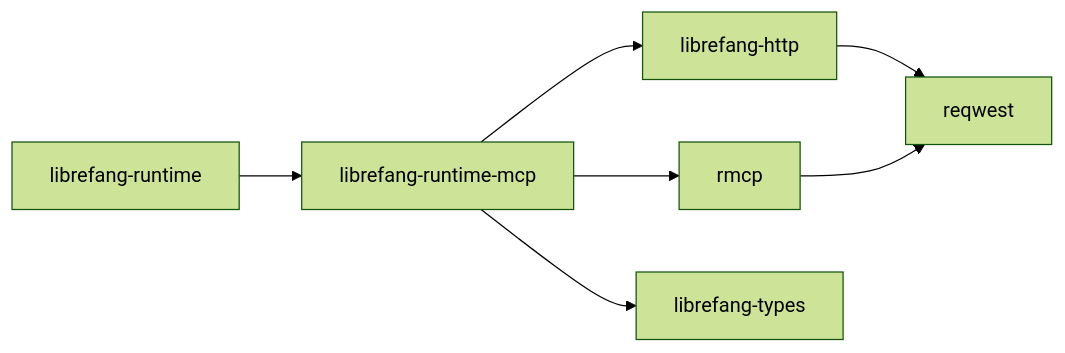
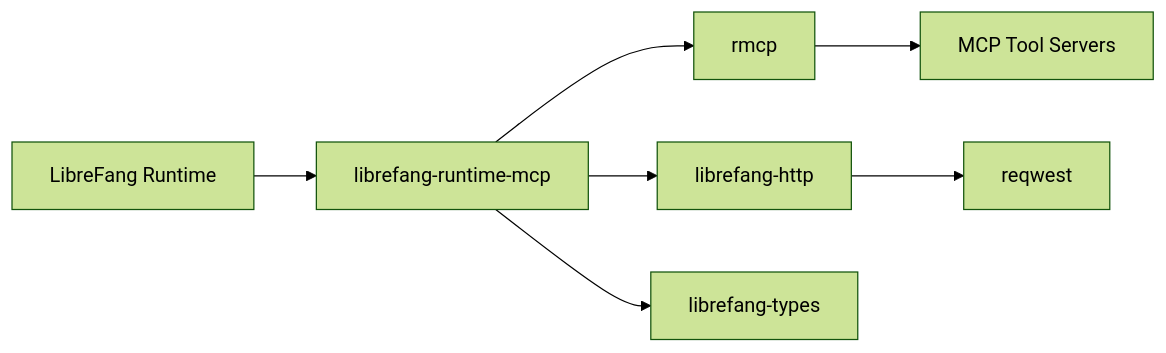
The diagram in other-librefang-runtime-mcp.md (leszek3737/librefang-WIki), drawn with Mermaid (forest theme) before and after one commit. The commit also changed other lines of this file and 94 other files, not shown here.

````diff
--- a/other-librefang-runtime-mcp.md
+++ b/other-librefang-runtime-mcp.md
@@ -32,9 +13,9 @@
 ```mermaid
 graph LR
-    A[librefang-runtime] --> B[librefang-runtime-mcp]
+    A[LibreFang Runtime] --> B[librefang-runtime-mcp]
     B --> C[rmcp]
     B --> D[librefang-http]
     B --> E[librefang-types]
-    D --> F[reqwest]
-    C --> F
+    C --> F[MCP Tool Servers]
+    D --> G[reqwest]
 ```
````
